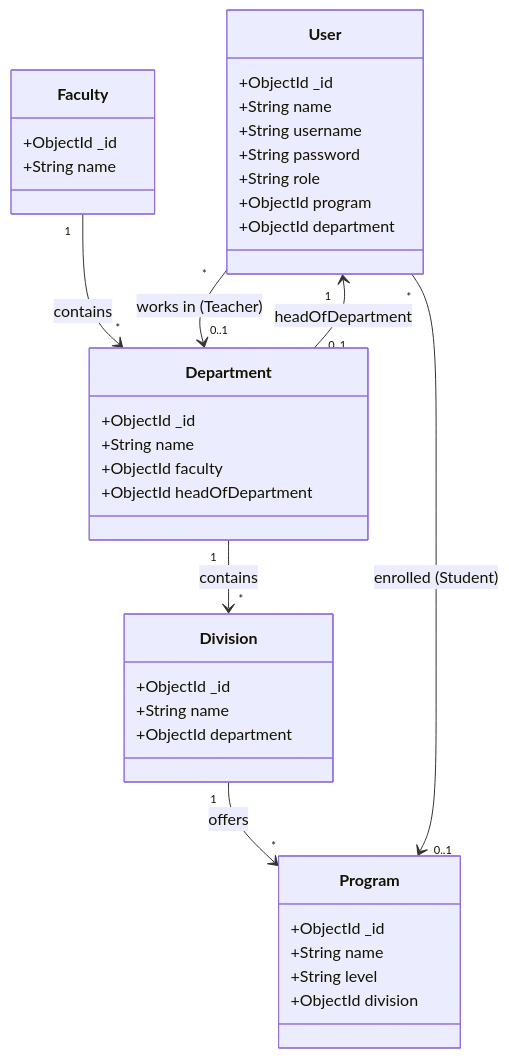
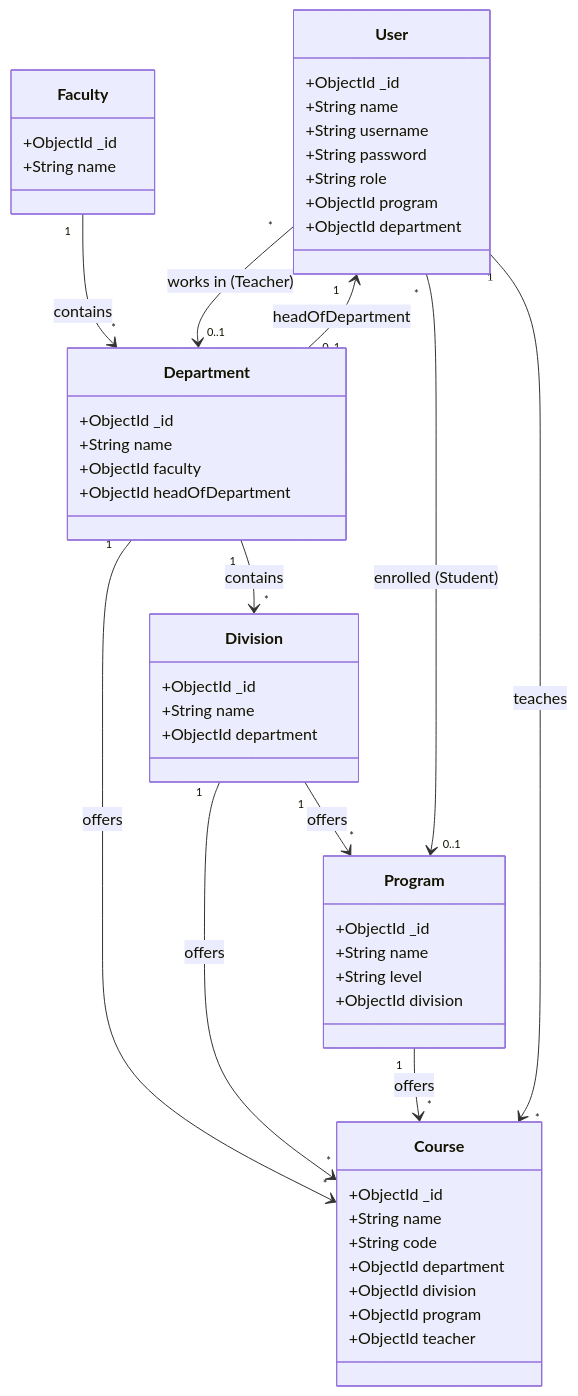
The first of 2 diagrams in documentation/models.md (Ta1al/ams), drawn with Mermaid before and after one commit. The commit also changed other lines of this file and 1 other file, not shown here.

Commit message:
feat: Add course management documentation including routes and data model

````diff
--- a/documentation/models.md
+++ b/documentation/models.md
@@ -22,51 +42,67 @@
 ```mermaid
 classDiagram
     direction TB
 
     class User {
         +ObjectId _id
         +String name
         +String username
         +String password
         +String role
         +ObjectId program
         +ObjectId department
     }
 
     class Faculty {
         +ObjectId _id
         +String name
     }
 
     class Department {
         +ObjectId _id
         +String name
         +ObjectId faculty
         +ObjectId headOfDepartment
     }
 
     class Division {
         +ObjectId _id
         +String name
         +ObjectId department
     }
 
     class Program {
         +ObjectId _id
         +String name
         +String level
         +ObjectId division
     }
 
+    class Course {
+        +ObjectId _id
+        +String name
+        +String code
+        +ObjectId department
+        +ObjectId division
+        +ObjectId program
+        +ObjectId teacher
+    }
+
     %% Hierarchy Relationships
     Faculty "1" --> "*" Department : contains
     Department "1" --> "*" Division : contains
     Division "1" --> "*" Program : offers
+
+    %% Course Relationships
+    Department "1" --> "*" Course : offers
+    Division "1" --> "*" Course : offers
+    Program "1" --> "*" Course : offers
+    User "1" --> "*" Course : teaches
 
     %% User Relationships
     User "*" --> "0..1" Program : enrolled (Student)
     User "*" --> "0..1" Department : works in (Teacher)
     
     %% Management Relationships
     Department "0..1" --> "1" User : headOfDepartment
 ```
````
